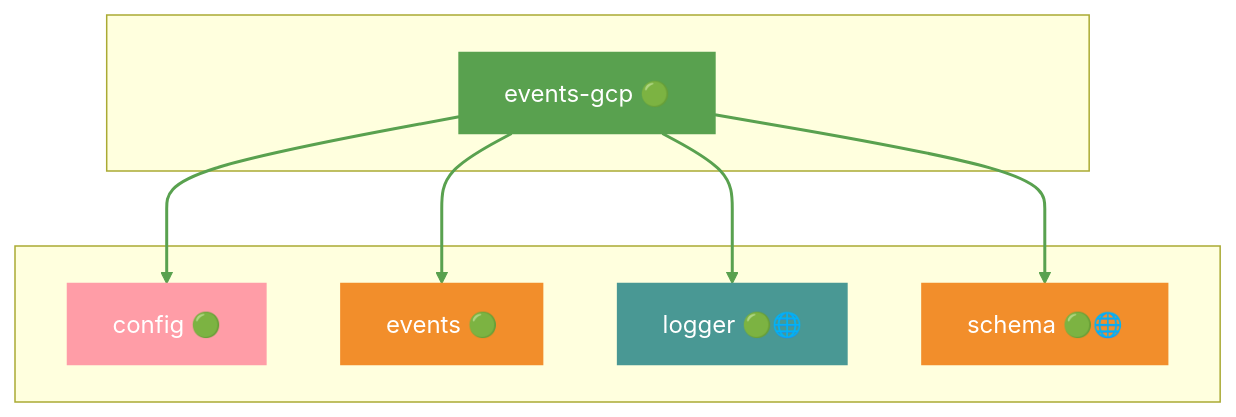
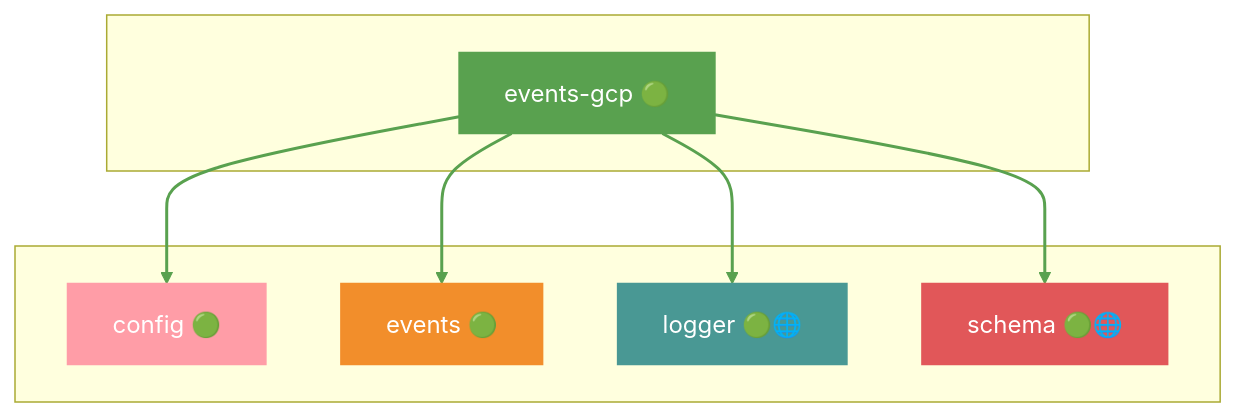
Diagram 24 of 51 in docs/DEPENDENCIES.md (grest-ts/grest-ts), drawn with Mermaid before and after one commit. The commit also changed other lines of this file and 24 other files, not shown here.

````diff
--- a/docs/DEPENDENCIES.md
+++ b/docs/DEPENDENCIES.md
@@ -1299,25 +1301,25 @@
 ```mermaid
 flowchart TB
     subgraph Package[" "]
         events-gcp["events-gcp 🟢"]
     end
     subgraph Dependencies[" "]
         config["config 🟢"]
         events["events 🟢"]
         logger["logger 🟢🌐"]
         schema["schema 🟢🌐"]
     end
     events-gcp --> config
     events-gcp --> events
     events-gcp --> logger
     events-gcp --> schema
     style events-gcp fill:#59A14F,stroke:#59A14F,color:#fff
     style config fill:#FF9DA7,stroke:#FF9DA7,color:#fff
     style events fill:#F28E2B,stroke:#F28E2B,color:#fff
     style logger fill:#499894,stroke:#499894,color:#fff
-    style schema fill:#F28E2B,stroke:#F28E2B,color:#fff
+    style schema fill:#E15759,stroke:#E15759,color:#fff
     linkStyle 0 stroke:#59A14F,stroke-width:2px
     linkStyle 1 stroke:#59A14F,stroke-width:2px
     linkStyle 2 stroke:#59A14F,stroke-width:2px
     linkStyle 3 stroke:#59A14F,stroke-width:2px
 ```
````
